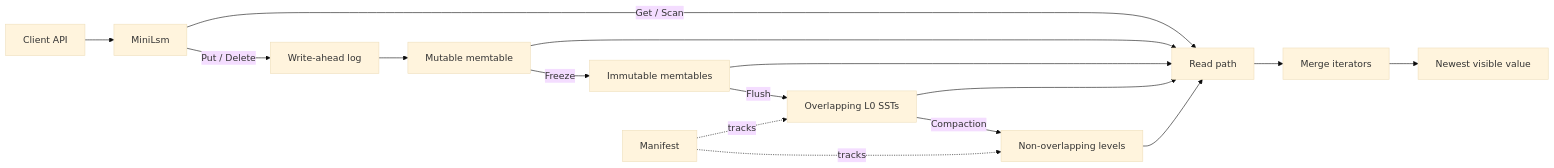
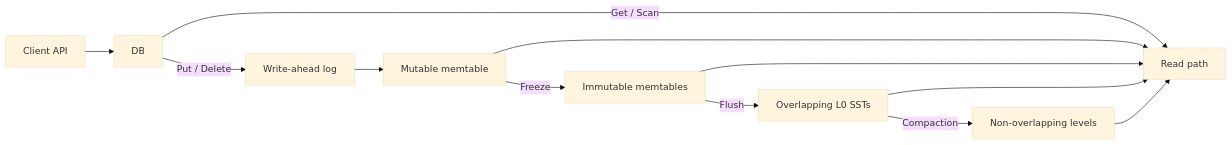
The diagram in README.md (RohinJoshi1/HermesDB), drawn with Mermaid (base theme) before and after one commit. The commit also changed other lines of this file and 89 other files, not shown here.

````diff
--- a/README.md
+++ b/README.md
@@ -98,21 +86,14 @@
 ```mermaid
 flowchart LR
-  Client[Client API] --> DB[MiniLsm]
-
+  Client[Client API] --> DB[DB]
   DB -->|"Put / Delete"| WAL[Write-ahead log]
   WAL --> Mutable[Mutable memtable]
   Mutable -->|Freeze| Immutable[Immutable memtables]
   Immutable -->|Flush| L0[Overlapping L0 SSTs]
   L0 -->|Compaction| Levels[Non-overlapping levels]
-
   DB -->|"Get / Scan"| ReadPath[Read path]
   Mutable --> ReadPath
   Immutable --> ReadPath
   L0 --> ReadPath
   Levels --> ReadPath
-  ReadPath --> Merge[Merge iterators]
-  Merge --> Visible[Newest visible value]
-
-  Manifest[Manifest] -. tracks .-> L0
-  Manifest -. tracks .-> Levels
 ```
````
